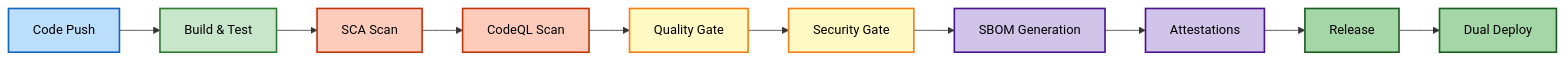
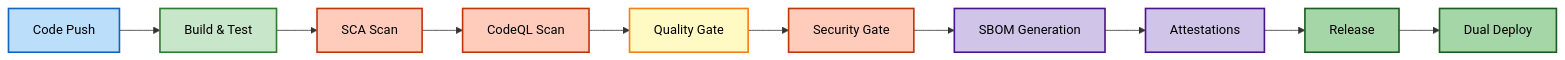
One commit to Hack23/riksdagsmonitor changed the first of 10 diagrams in WORKFLOWS.md. Above: the diagram before and after it, drawn with Mermaid. The commit also changed other lines of this file and 1 other file, not shown here.

````diff
--- a/WORKFLOWS.md
+++ b/WORKFLOWS.md
@@ -106,26 +106,27 @@
 ```mermaid
 graph LR
     A[Code Push] --> B[Build & Test]
     B --> C[SCA Scan]
     C --> D[CodeQL Scan]
     D --> E[Quality Gate]
     E --> F[Security Gate]
     F --> G[SBOM Generation]
     G --> H[Attestations]
     H --> I[Release]
     I --> J[Dual Deploy]
 
     classDef trigger fill:#bbdefb,stroke:#1565c0,stroke-width:2px,color:black
     classDef build fill:#c8e6c9,stroke:#2e7d32,stroke-width:2px,color:black
     classDef security fill:#ffccbc,stroke:#bf360c,stroke-width:2px,color:black
     classDef quality fill:#fff9c4,stroke:#f57f17,stroke-width:2px,color:black
     classDef attestation fill:#d1c4e9,stroke:#4a148c,stroke-width:2px,color:black
     classDef deploy fill:#a5d6a7,stroke:#1b5e20,stroke-width:2px,color:black
 
     class A trigger
     class B build
     class C,D security
-    class E,F quality
+    class E quality
+    class F security
     class G,H attestation
     class I,J deploy
 ```
````
